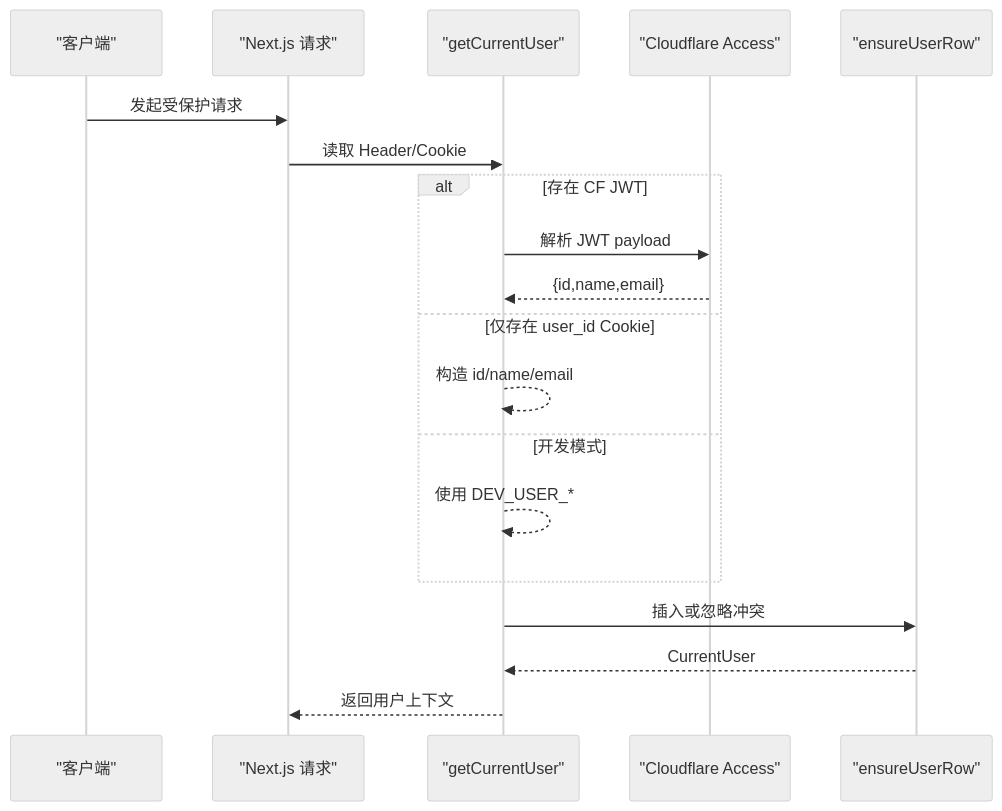
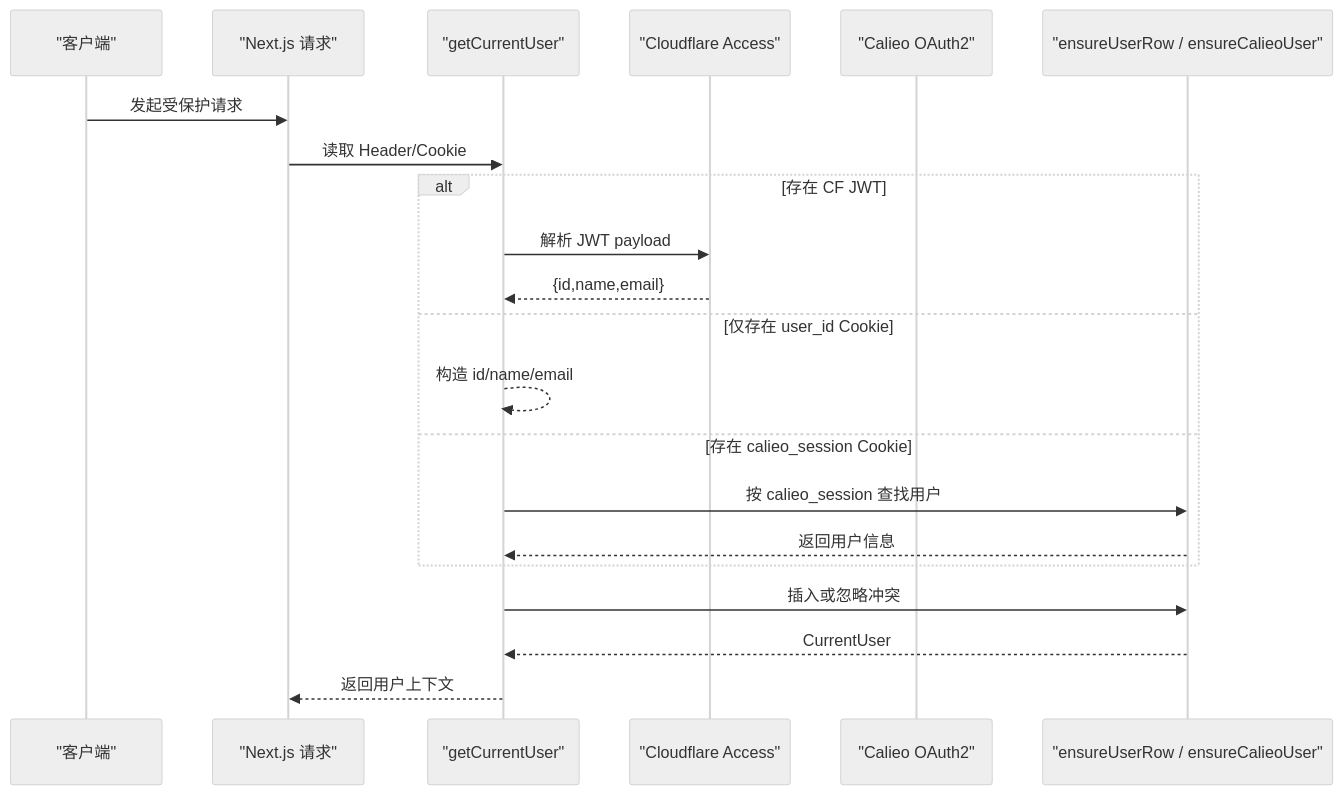
Before and after one commit to pnnh/weable: the fifth of 11 diagrams in .qoder/repowiki/zh/content/架构设计/认证架构设计/用户信息管理.md, drawn with Mermaid (neutral theme). The commit also changed other lines of this file and 187 other files, not shown here.

````diff
--- a/.qoder/repowiki/zh/content/架构设计/认证架构设计/用户信息管理.md
+++ b/.qoder/repowiki/zh/content/架构设计/认证架构设计/用户信息管理.md
@@ -227,21 +271,23 @@
 ```mermaid
 sequenceDiagram
 participant Client as "客户端"
 participant Next as "Next.js 请求"
 participant Auth as "getCurrentUser"
 participant CF as "Cloudflare Access"
-participant DB as "ensureUserRow"
+participant Calieo as "Calieo OAuth2"
+participant DB as "ensureUserRow / ensureCalieoUser"
 Client->>Next : 发起受保护请求
 Next->>Auth : 读取 Header/Cookie
 alt 存在 CF JWT
 Auth->>CF : 解析 JWT payload
 CF-->>Auth : {id,name,email}
 else 仅存在 user_id Cookie
 Auth-->>Auth : 构造 id/name/email
-else 开发模式
-Auth-->>Auth : 使用 DEV_USER_*
+else 存在 calieo_session Cookie
+Auth->>DB : 按 calieo_session 查找用户
+DB-->>Auth : 返回用户信息
 end
 Auth->>DB : 插入或忽略冲突
 DB-->>Auth : CurrentUser
 Auth-->>Next : 返回用户上下文
 ```
````
